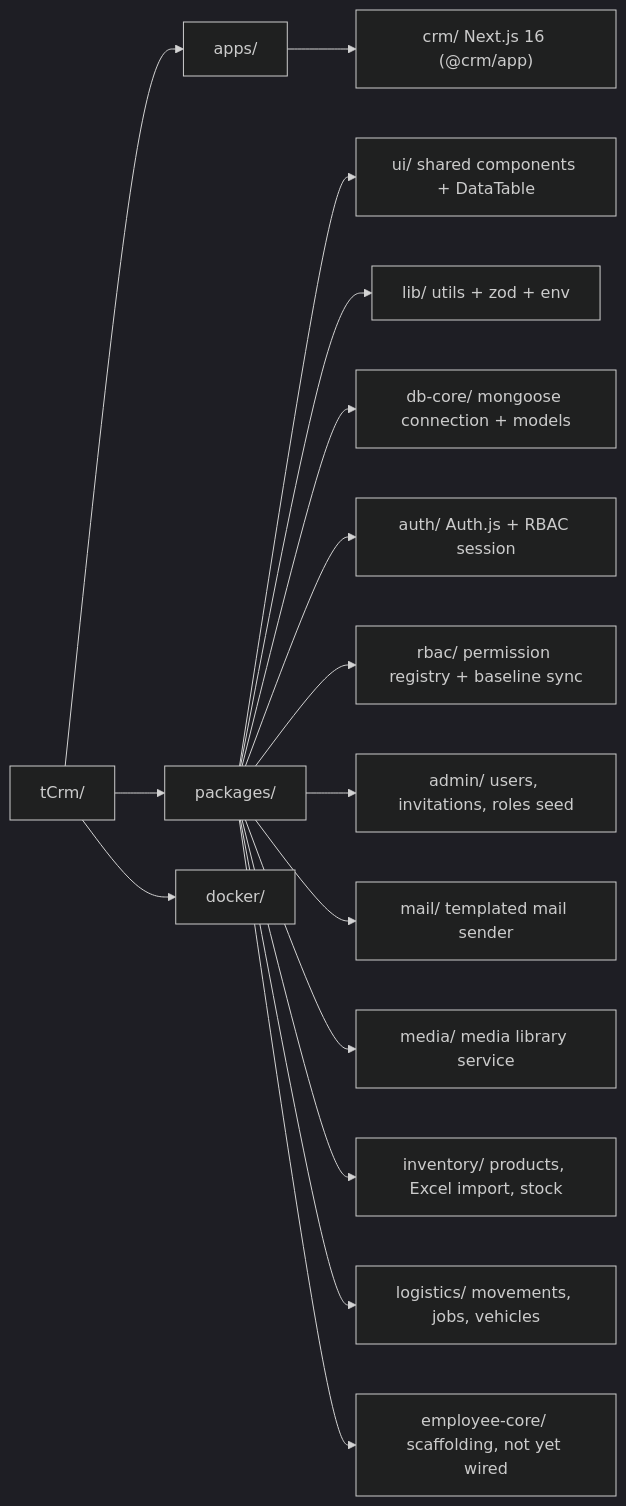
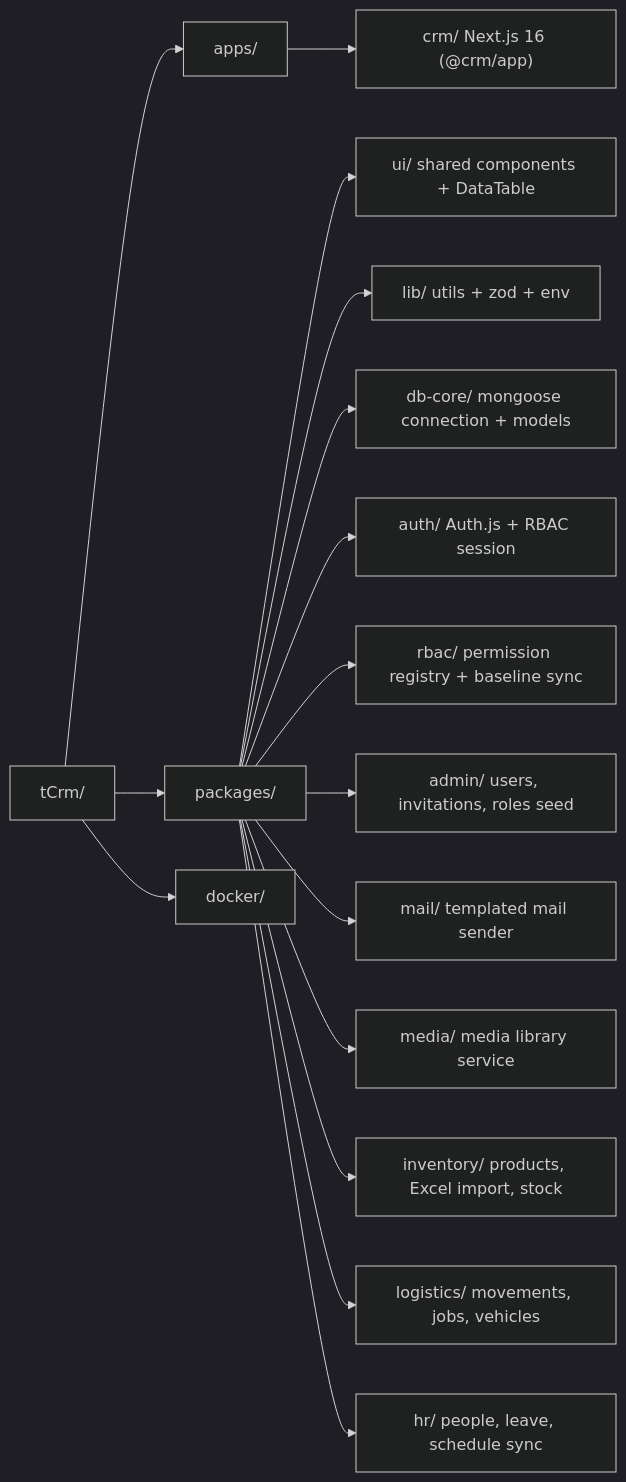
Before and after one commit to Tomkoooo/tCrm: the first of 3 diagrams in docs/ARCHITECTURE.md, drawn with Mermaid (dark theme). The commit also changed other lines of this file and 182 other files, not shown here.

````diff
--- a/docs/ARCHITECTURE.md
+++ b/docs/ARCHITECTURE.md
@@ -27,18 +27,18 @@
 ```mermaid
 flowchart LR
   root[tCrm/] --> apps[apps/]
   root --> packages[packages/]
   root --> docker[docker/]
   apps --> crm["crm/ Next.js 16 (@crm/app)"]
   packages --> ui["ui/ shared components + DataTable"]
   packages --> lib["lib/ utils + zod + env"]
   packages --> dbcore["db-core/ mongoose connection + models"]
   packages --> auth["auth/ Auth.js + RBAC session"]
   packages --> rbac["rbac/ permission registry + baseline sync"]
   packages --> admin["admin/ users, invitations, roles seed"]
   packages --> mail["mail/ templated mail sender"]
   packages --> media["media/ media library service"]
   packages --> inventory["inventory/ products, Excel import, stock"]
   packages --> logistics["logistics/ movements, jobs, vehicles"]
-  packages --> employeecore["employee-core/ scaffolding, not yet wired"]
+  packages --> hr["hr/ people, leave, schedule sync"]
 ```
````
